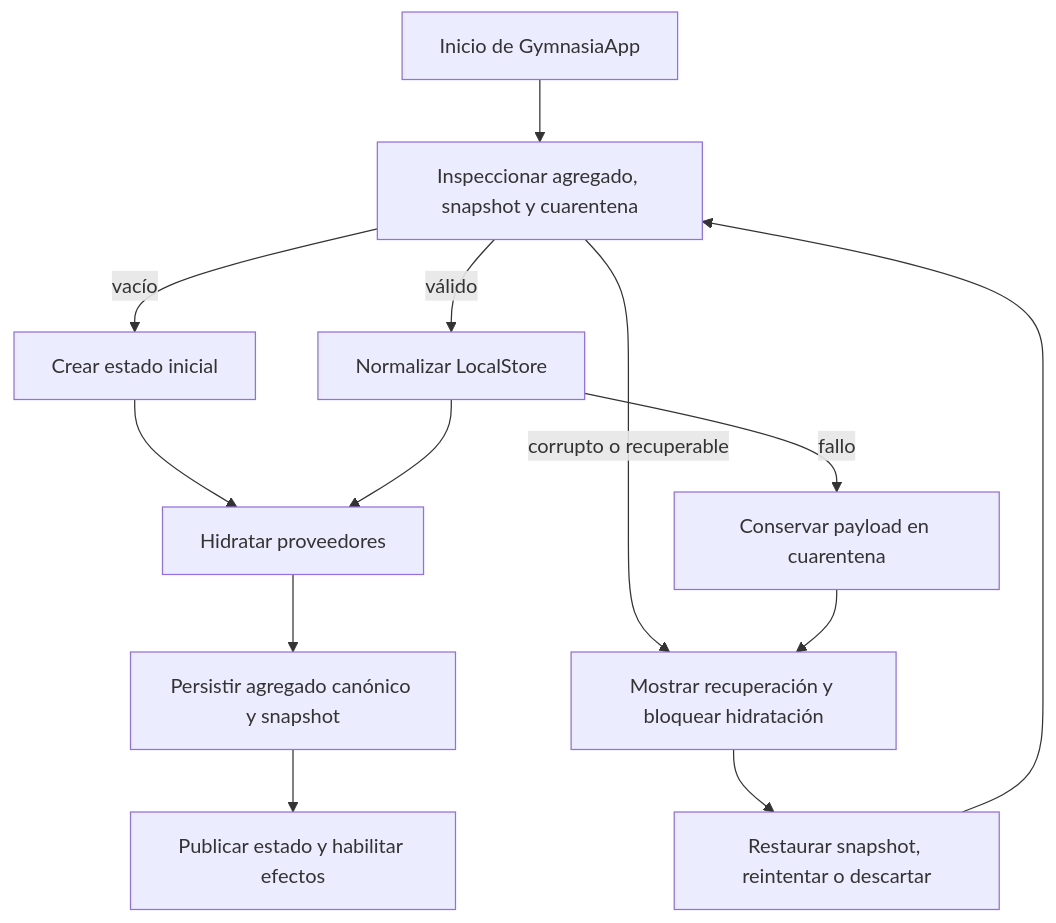
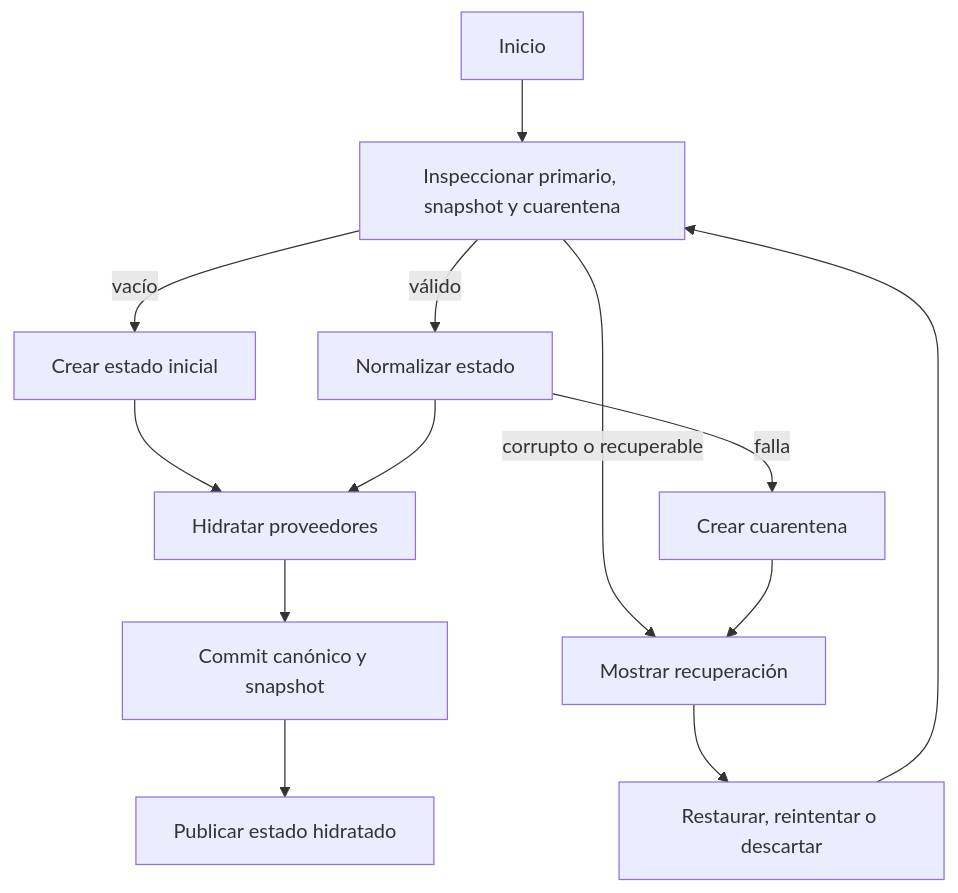
One commit to maximofn/gymnasia changed the first of 2 diagrams in openwiki/mobile/local-state-and-backup.md. Above: the diagram before and after it, drawn with Mermaid. The commit also changed other lines of this file and 41 other files, not shown here.

````diff
--- a/openwiki/mobile/local-state-and-backup.md
+++ b/openwiki/mobile/local-state-and-backup.md
@@ -69,15 +62,15 @@
 ```mermaid
 flowchart TD
-  Boot["Inicio de GymnasiaApp"] --> Inspect["Inspeccionar agregado, snapshot y cuarentena"]
+  Start["Inicio"] --> Inspect["Inspeccionar primario, snapshot y cuarentena"]
   Inspect -->|"vacío"| Initial["Crear estado inicial"]
-  Inspect -->|"válido"| Normalize["Normalizar LocalStore"]
-  Inspect -->|"corrupto o recuperable"| Locked["Mostrar recuperación y bloquear hidratación"]
-  Normalize -->|"fallo"| Quarantine["Conservar payload en cuarentena"]
-  Quarantine --> Locked
+  Inspect -->|"válido"| Normalize["Normalizar estado"]
+  Inspect -->|"corrupto o recuperable"| Lock["Mostrar recuperación"]
+  Normalize -->|"falla"| Quarantine["Crear cuarentena"]
+  Quarantine --> Lock
   Initial --> Providers["Hidratar proveedores"]
   Normalize --> Providers
-  Providers --> Commit["Persistir agregado canónico y snapshot"]
-  Commit --> Ready["Publicar estado y habilitar efectos"]
-  Locked --> Resolve["Restaurar snapshot, reintentar o descartar"]
+  Providers --> Commit["Commit canónico y snapshot"]
+  Commit --> Ready["Publicar estado hidratado"]
+  Lock --> Resolve["Restaurar, reintentar o descartar"]
   Resolve --> Inspect
 ```
````
